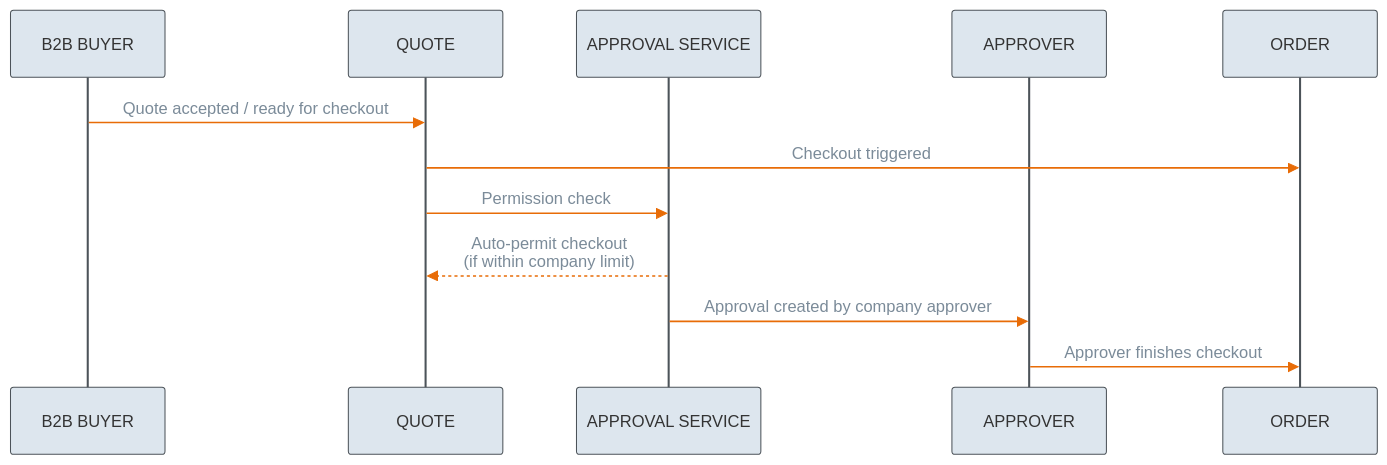
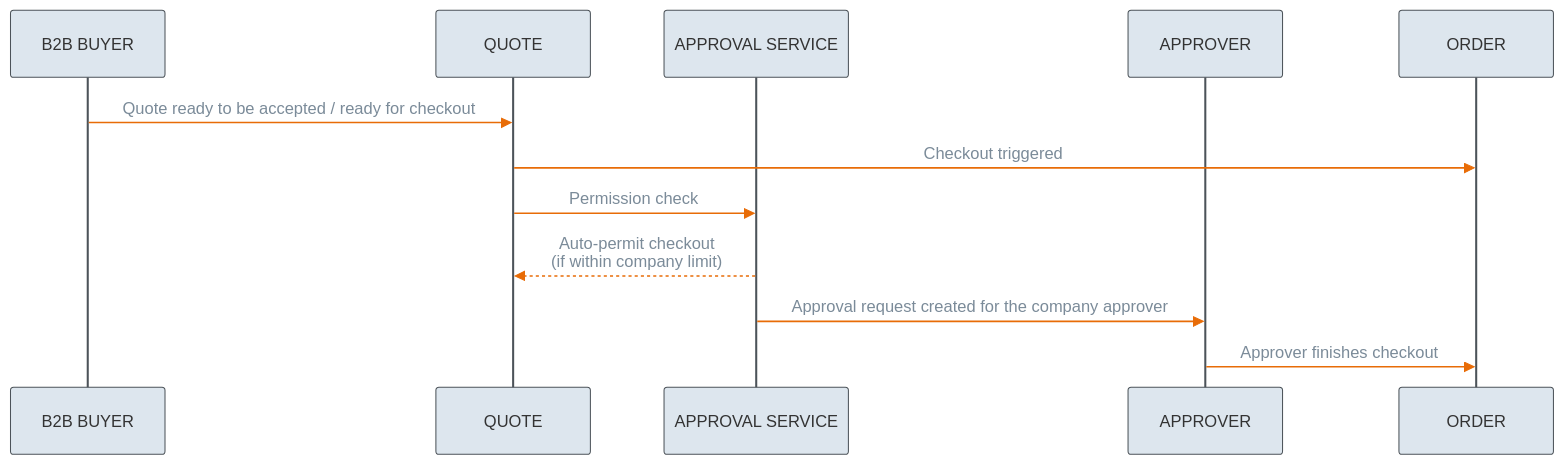
Before and after one commit to emporix/api-references: the sixth of 7 diagrams in companies-and-customers/approval-service/approval.md, drawn with Mermaid. The commit also changed other lines of this file, not shown here.

Commit message:
COP-5406 Quote approval

````diff
--- a/companies-and-customers/approval-service/approval.md
+++ b/companies-and-customers/approval-service/approval.md
@@ -245,31 +245,31 @@
 ```mermaid
 ---
 config:
   layout: fixed
   theme: base
   themeVariables:
     primaryColor: '#DDE6EE'
     primaryBorderColor: '#4C5359'
     actorBkg: '#DDE6EE'
     actorBorder: '#4C5359'
     actorLineColor: '#4C5359'
     signalColor: '#E86C07'
     signalTextColor: '#7B8B99'
     background: transparent 
 ---
 sequenceDiagram
     participant Buyer as B2B BUYER
     participant Quote as QUOTE
     participant Approval as APPROVAL SERVICE
     participant Approver as APPROVER
     participant Order as ORDER
 
-    Buyer ->> Quote: Quote accepted / ready for checkout
+    Buyer ->> Quote: Quote ready to be accepted / ready for checkout
     Quote ->> Order: Checkout triggered
 
     Quote ->> Approval: Permission check
     Approval -->> Quote: Auto-permit checkout<br/>(if within company limit)
 
-    Approval ->> Approver: Approval created by company approver
+    Approval ->> Approver: Approval request created for the company approver
     Approver ->> Order: Approver finishes checkout
 ```
````
